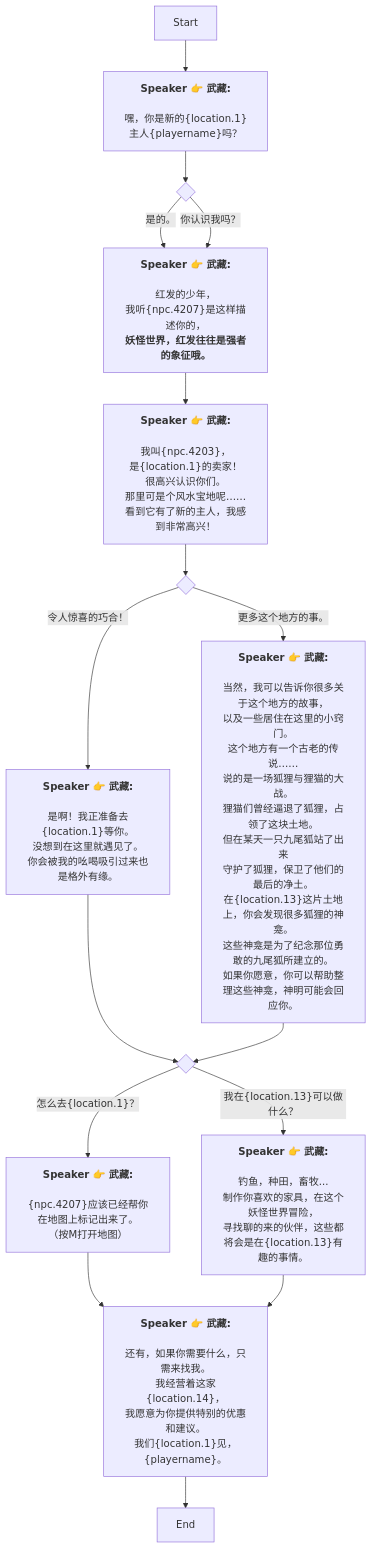
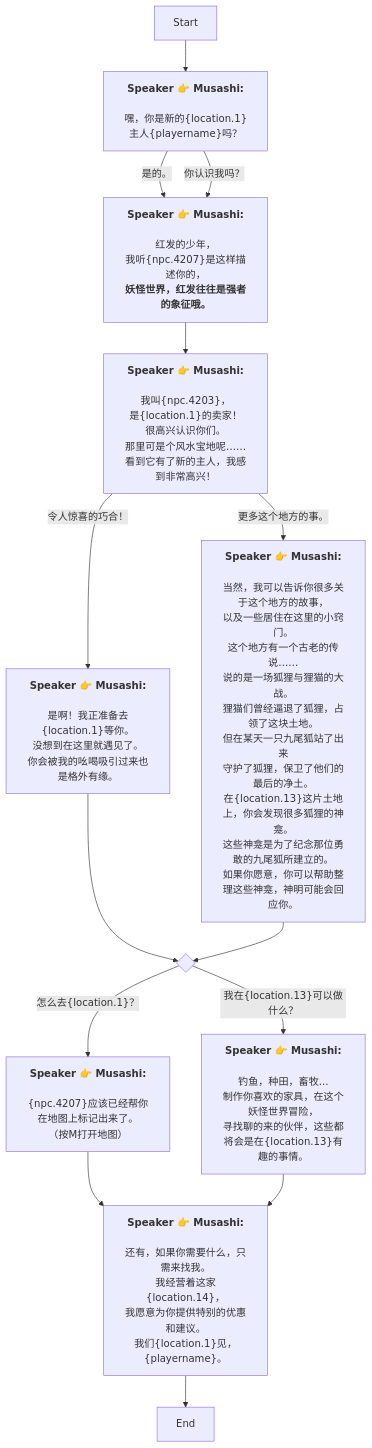
Before and after one commit to SoftHu/tos_avg: the diagram in Zh/AddDialogNode_1738912268757183.md, drawn with Mermaid. The commit also changed 737 other files, not shown here.

````diff
--- a/Zh/AddDialogNode_1738912268757183.md
+++ b/Zh/AddDialogNode_1738912268757183.md
@@ -1,67 +1,48 @@
 ```mermaid
 graph
-Start -->1738912725988551[<b>Speaker 👉 武藏:</b>
-
-嘿，你是新的&lbrace;location.1&rbrace;主人&lbrace;playername&rbrace;吗？]
-1738912725988551 -->1738977695947936{ }
-1738977695947936 -->|是的。|1738977842280613[<b>Speaker 👉 武藏:</b>
-
-红发的少年，
+Start -->1738912725988551[<b>Speaker 👉 Musashi:</b>
+\n嘿，你是新的&lbrace;location.1&rbrace;主人&lbrace;playername&rbrace;吗？]
+1738912725988551 -->|是的。|1738977842280613[<b>Speaker 👉 Musashi:</b>
+\n红发的少年，
 我听&lbrace;npc.4207&rbrace;是这样描述你的，
 <b>妖怪世界，红发往往是强者的象征哦。</b>]
-1738977695947936 -->|你认识我吗？|1738977842280613[<b>Speaker 👉 武藏:</b>
-
-红发的少年，
+1738912725988551 -->|你认识我吗？|1738977842280613[<b>Speaker 👉 Musashi:</b>
+\n红发的少年，
 我听&lbrace;npc.4207&rbrace;是这样描述你的，
 <b>妖怪世界，红发往往是强者的象征哦。</b>]
-1738977842280613 -->1740664161411315[<b>Speaker 👉 武藏:</b>
-
-我叫&lbrace;npc.4203&rbrace;，
+1738977842280613 -->1740664161411315[<b>Speaker 👉 Musashi:</b>
+\n我叫&lbrace;npc.4203&rbrace;，
 是&lbrace;location.1&rbrace;的卖家！
-很高兴认识你们。
-那里可是个风水宝地呢……
+很高兴认识你们。\n那里可是个风水宝地呢……
 看到它有了新的主人，我感到非常高兴！]
-1740664161411315 -->1738978209587366{ }
-1738978209587366 -->|令人惊喜的巧合！|1738978238674091[<b>Speaker 👉 武藏:</b>
-
-是啊！我正准备去&lbrace;location.1&rbrace;等你。
+434744559668522 -->|怎么去&lbrace;location.1&rbrace;？|1738979190730931[<b>Speaker 👉 Musashi:</b>
+\n&lbrace;npc.4207&rbrace;应该已经帮你在地图上标记出来了。
+（按M打开地图）]
+434744559668522 -->|我在&lbrace;location.13&rbrace;可以做什么？|1738979238631604[<b>Speaker 👉 Musashi:</b>
+\n钓鱼，种田，畜牧...
+制作你喜欢的家具，在这个妖怪世界冒险，
+寻找聊的来的伙伴，这些都将会是在&lbrace;location.13&rbrace;有趣的事情。]
+1740664161411315 -->|令人惊喜的巧合！|1738978238674091[<b>Speaker 👉 Musashi:</b>
+\n是啊！我正准备去&lbrace;location.1&rbrace;等你。
 没想到在这里就遇见了。
 你会被我的吆喝吸引过来也是格外有缘。]
-1738978209587366 -->|更多这个地方的事。|1738978401349804[<b>Speaker 👉 武藏:</b>
+1740664161411315 -->|更多这个地方的事。|1738978401349804[<b>Speaker 👉 Musashi:</b>
+\n当然，我可以告诉你很多关于这个地方的故事，
+以及一些居住在这里的小窍门。\n这个地方有一个古老的传说……
+说的是一场狐狸与狸猫的大战。
+狸猫们曾经逼退了狐狸，占领了这块土地。\n但在某天一只九尾狐站了出来
+守护了狐狸，保卫了他们的最后的净土。\n在&lbrace;location.13&rbrace;这片土地上，你会发现很多狐狸的神龛。
+这些神龛是为了纪念那位勇敢的九尾狐所建立的。\n如果你愿意，你可以帮助整理这些神龛，神明可能会回应你。]
+1738978238674091 -->434744559668522{ }
+1738979190730931 -->1738979147702450[<b>Speaker 👉 Musashi:</b>
+\n还有，如果你需要什么，只需来找我。
+我经营着这家&lbrace;location.14&rbrace;，
+我愿意为你提供特别的优惠和建议。\n我们&lbrace;location.1&rbrace;见，&lbrace;playername&rbrace;。]
+1738979147702450 -->1738912730366152[End]
+1738979238631604 -->1738979147702450[<b>Speaker 👉 Musashi:</b>
+\n还有，如果你需要什么，只需来找我。
+我经营着这家&lbrace;location.14&rbrace;，
+我愿意为你提供特别的优惠和建议。\n我们&lbrace;location.1&rbrace;见，&lbrace;playername&rbrace;。]
+1738978401349804 -->434744559668522{ }
 
-当然，我可以告诉你很多关于这个地方的故事，
-以及一些居住在这里的小窍门。
-这个地方有一个古老的传说……
-说的是一场狐狸与狸猫的大战。
-狸猫们曾经逼退了狐狸，占领了这块土地。
-但在某天一只九尾狐站了出来
-守护了狐狸，保卫了他们的最后的净土。
-在&lbrace;location.13&rbrace;这片土地上，你会发现很多狐狸的神龛。
-这些神龛是为了纪念那位勇敢的九尾狐所建立的。
-如果你愿意，你可以帮助整理这些神龛，神明可能会回应你。]
-1738978238674091 -->1738978802778285{ }
-1738978802778285 -->|怎么去&lbrace;location.1&rbrace;？|1738979190730931[<b>Speaker 👉 武藏:</b>
-
-&lbrace;npc.4207&rbrace;应该已经帮你在地图上标记出来了。
-（按M打开地图）]
-1738978802778285 -->|我在&lbrace;location.13&rbrace;可以做什么？|1738979238631604[<b>Speaker 👉 武藏:</b>
-
-钓鱼，种田，畜牧...
-制作你喜欢的家具，在这个妖怪世界冒险，
-寻找聊的来的伙伴，这些都将会是在&lbrace;location.13&rbrace;有趣的事情。]
-1738979190730931 -->1738979147702450[<b>Speaker 👉 武藏:</b>
-
-还有，如果你需要什么，只需来找我。
-我经营着这家&lbrace;location.14&rbrace;，
-我愿意为你提供特别的优惠和建议。
-我们&lbrace;location.1&rbrace;见，&lbrace;playername&rbrace;。]
-1738979147702450 -->1738912730366152[End]
-1738979238631604 -->1738979147702450[<b>Speaker 👉 武藏:</b>
-
-还有，如果你需要什么，只需来找我。
-我经营着这家&lbrace;location.14&rbrace;，
-我愿意为你提供特别的优惠和建议。
-我们&lbrace;location.1&rbrace;见，&lbrace;playername&rbrace;。]
-1738978401349804 -->1738978802778285{ }
-
- ```
+```
````
